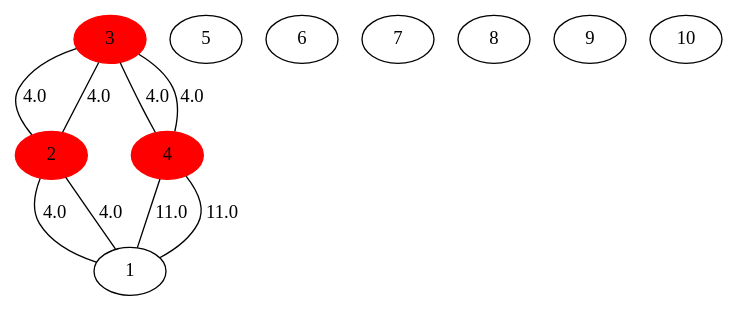
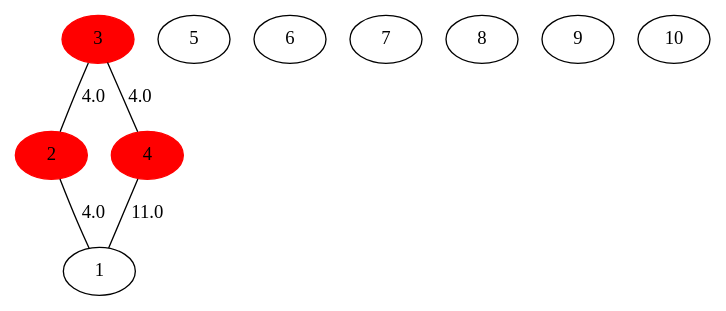
Before and after one commit to Wiam-LACHQER/projet-de-programmation-ENSAE-1A-: the diagram in network.04.in.gv, drawn with Graphviz. The commit also changed 10 other files, not shown here.

```diff
--- a/network.04.in.gv
+++ b/network.04.in.gv
@@ -1,20 +1,16 @@
 graph "network.04.in" {
 	3 [color=red style=filled]
 	3 -- 2 [label=4.0]
-	3 -- 2 [label=4.0]
-	3 -- 4 [label=4.0]
 	3 -- 4 [label=4.0]
 	2 [color=red style=filled]
 	2 -- 1 [label=4.0]
-	2 -- 1 [label=4.0]
 	4 [color=red style=filled]
-	4 -- 1 [label=11.0]
 	4 -- 1 [label=11.0]
 	1
 	5
 	6
 	7
 	8
 	9
 	10
 }
```
